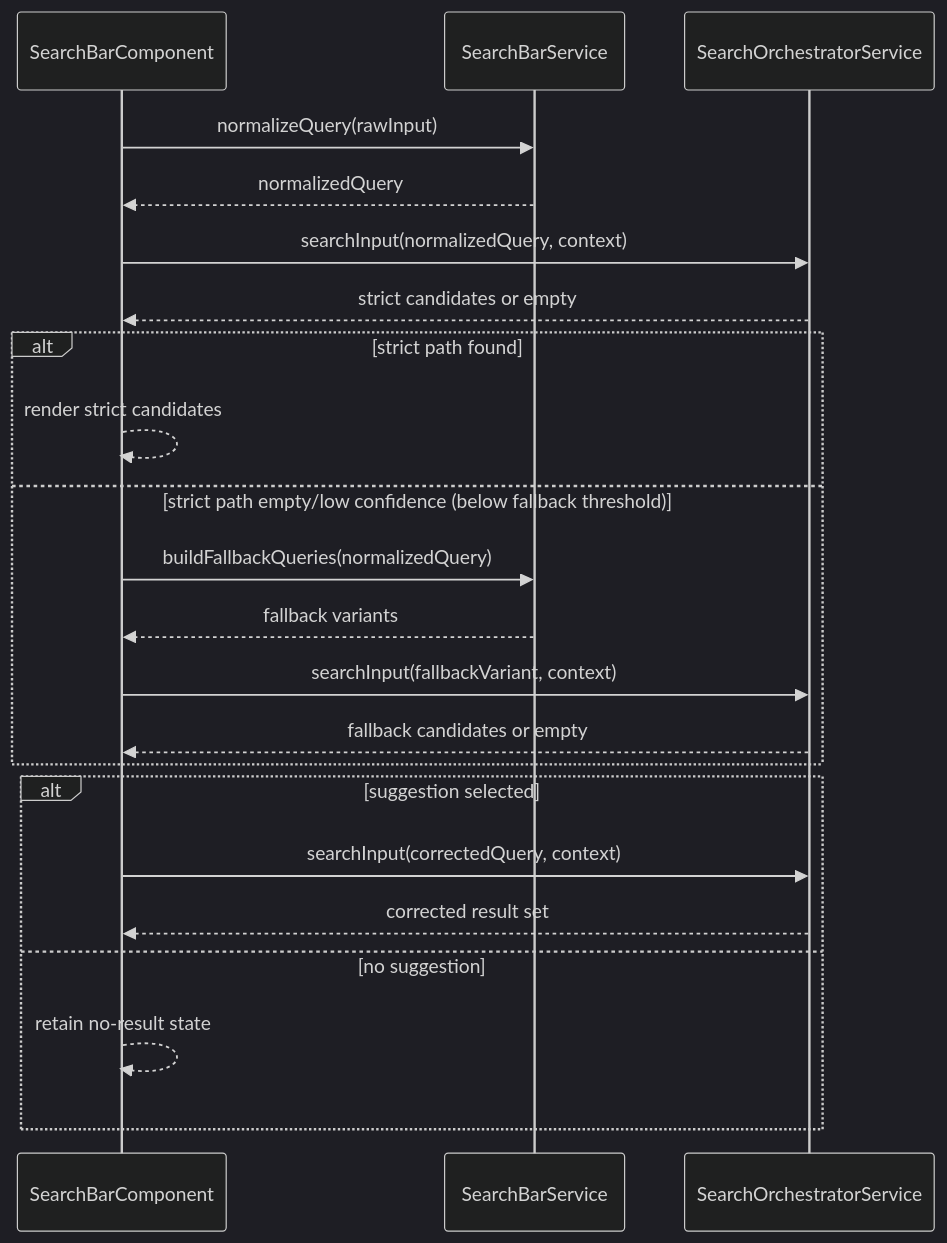
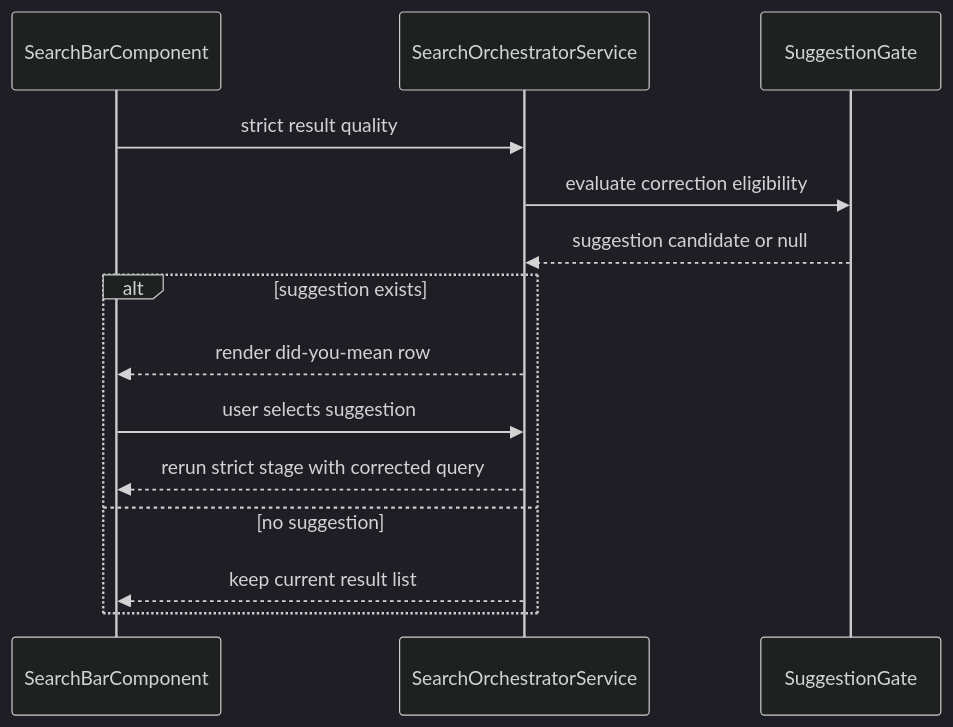
The seventh of 7 diagrams in docs/element-specs/search-bar-query-behavior.md (matkleve/feldpost), drawn with Mermaid (dark theme) before and after one commit. The commit also changed other lines of this file and 65 other files, not shown here.

````diff
--- a/docs/element-specs/search-bar-query-behavior.md
+++ b/docs/element-specs/search-bar-query-behavior.md
@@ -117,27 +210,17 @@
 ```mermaid
 sequenceDiagram
     participant UI as SearchBarComponent
-    participant SB as SearchBarService
     participant ORCH as SearchOrchestratorService
+    participant POL as SuggestionGate
 
-    UI->>SB: normalizeQuery(rawInput)
-    SB-->>UI: normalizedQuery
-    UI->>ORCH: searchInput(normalizedQuery, context)
-    ORCH-->>UI: strict candidates or empty
-
-    alt strict path found
-        UI-->>UI: render strict candidates
-    else strict path empty/low confidence (below fallback threshold)
-        UI->>SB: buildFallbackQueries(normalizedQuery)
-        SB-->>UI: fallback variants
-        UI->>ORCH: searchInput(fallbackVariant, context)
-        ORCH-->>UI: fallback candidates or empty
-    end
-
-    alt suggestion selected
-        UI->>ORCH: searchInput(correctedQuery, context)
-        ORCH-->>UI: corrected result set
+    UI->>ORCH: strict result quality
+    ORCH->>POL: evaluate correction eligibility
+    POL-->>ORCH: suggestion candidate or null
+    alt suggestion exists
+        ORCH-->>UI: render did-you-mean row
+        UI->>ORCH: user selects suggestion
+        ORCH-->>UI: rerun strict stage with corrected query
     else no suggestion
-        UI-->>UI: retain no-result state
+        ORCH-->>UI: keep current result list
     end
 ```
````
